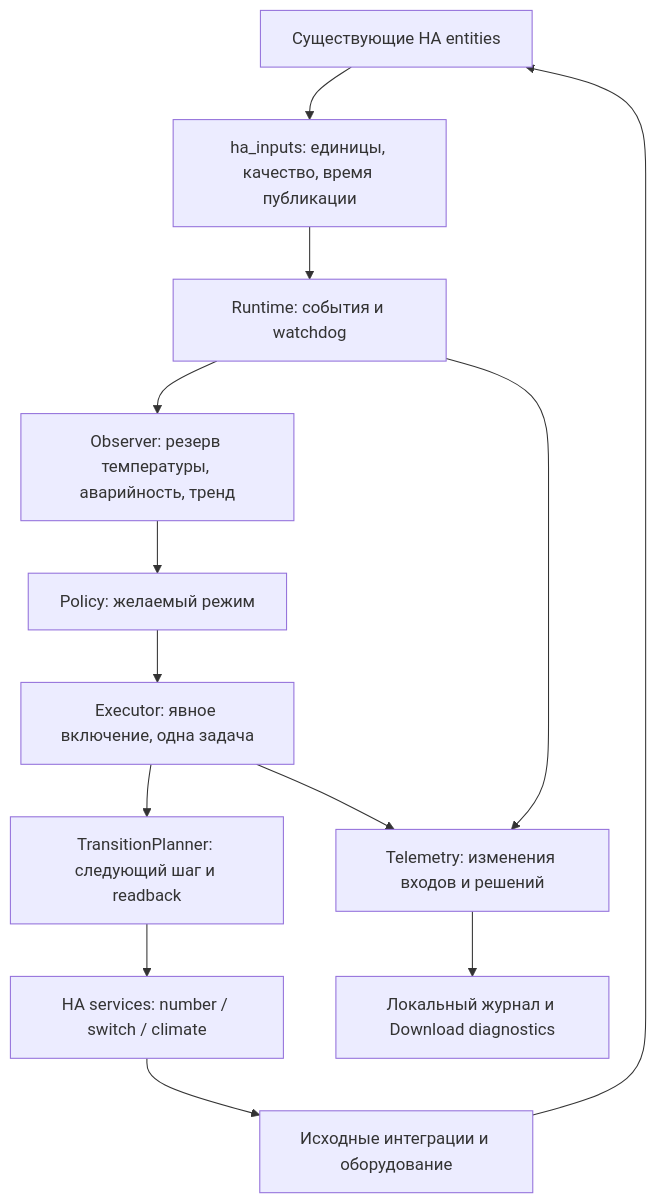
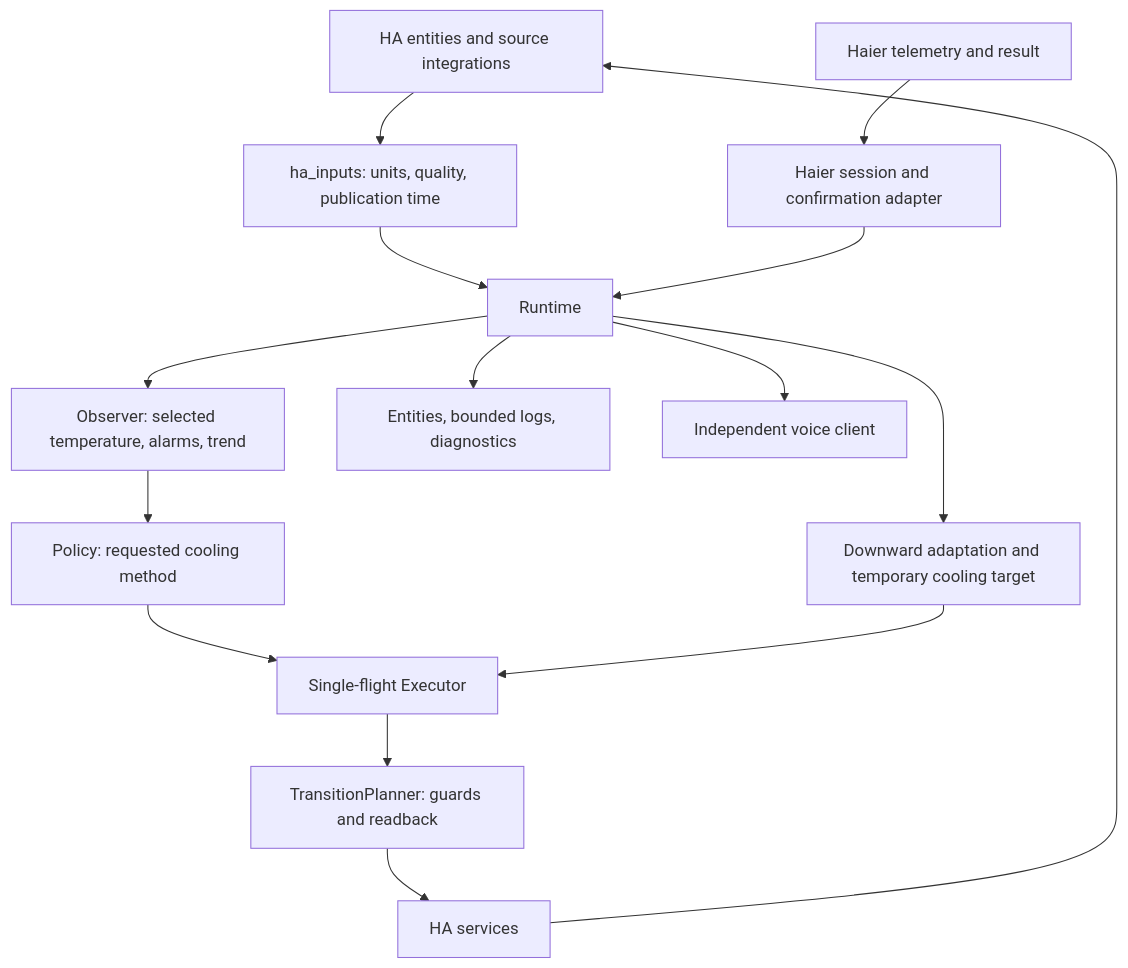
The diagram in docs/ARCHITECTURE.md (dk-1983/SRCC), drawn with Mermaid before and after one commit. The commit also changed other lines of this file and 25 other files, not shown here.

````diff
--- a/docs/ARCHITECTURE.md
+++ b/docs/ARCHITECTURE.md
@@ -11,15 +7,17 @@
 ```mermaid
 flowchart TD
-    SRC[Существующие HA entities] --> INPUT[ha_inputs: единицы, качество, время публикации]
-    INPUT --> RT[Runtime: события и watchdog]
-    RT --> OBS[Observer: резерв температуры, аварийность, тренд]
-    OBS --> POLICY[Policy: желаемый режим]
-    POLICY --> EX[Executor: явное включение, одна задача]
-    EX --> PLAN[TransitionPlanner: следующий шаг и readback]
-    PLAN --> HA[HA services: number / switch / climate]
-    HA --> DEVICE[Исходные интеграции и оборудование]
-    DEVICE --> SRC
-    RT --> LOG[Telemetry: изменения входов и решений]
-    EX --> LOG
-    LOG --> DIAG[Локальный журнал и Download diagnostics]
+    SRC["HA entities and source integrations"] --> INPUT["ha_inputs: units, quality, publication time"]
+    MQTT["Haier telemetry and result"] --> HAIER["Haier session and confirmation adapter"]
+    INPUT --> RT["Runtime"]
+    HAIER --> RT
+    RT --> OBS["Observer: selected temperature, alarms, trend"]
+    OBS --> POLICY["Policy: requested cooling method"]
+    RT --> ADAPT["Downward adaptation and temporary cooling target"]
+    POLICY --> EX["Single-flight Executor"]
+    ADAPT --> EX
+    EX --> PLAN["TransitionPlanner: guards and readback"]
+    PLAN --> SERVICES["HA services"]
+    SERVICES --> SRC
+    RT --> DIAG["Entities, bounded logs, diagnostics"]
+    RT --> VOICE["Independent voice client"]
 ```
````
